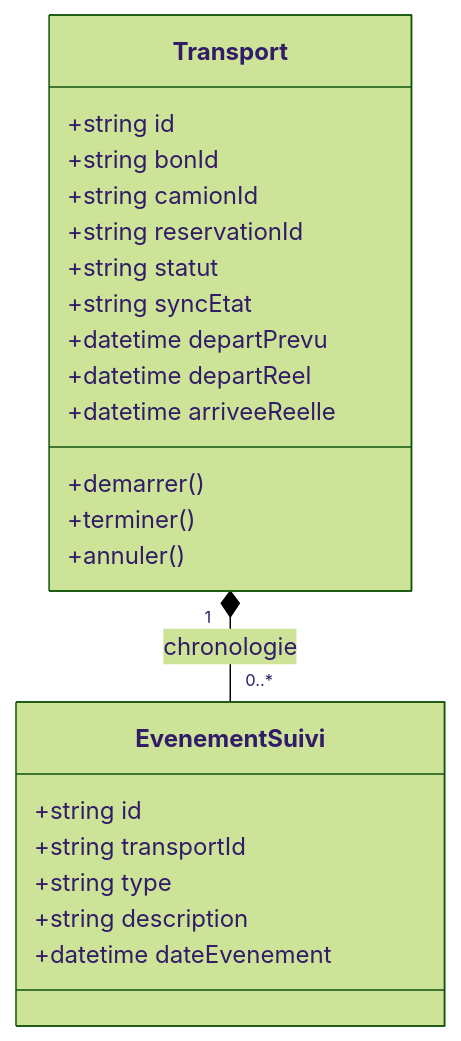
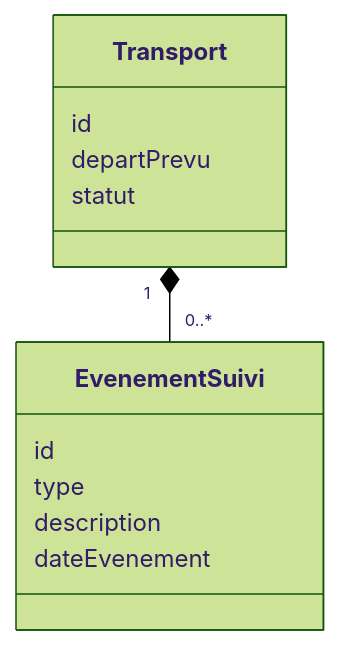
One commit to UssamaRei/transport-marchandises-ws changed the diagram in services/transports/README.md. Above: the diagram before and after it, drawn with Mermaid (forest theme). The commit also changed other lines of this file and 73 other files, not shown here.

````diff
--- a/services/transports/README.md
+++ b/services/transports/README.md
@@ -30,25 +11,15 @@
 ```mermaid
 classDiagram
     class Transport {
-      +string id
-      +string bonId
-      +string camionId
-      +string reservationId
-      +string statut
-      +string syncEtat
-      +datetime departPrevu
-      +datetime departReel
-      +datetime arriveeReelle
-      +demarrer()
-      +terminer()
-      +annuler()
+      id
+      departPrevu
+      statut
     }
     class EvenementSuivi {
-      +string id
-      +string transportId
-      +string type
-      +string description
-      +datetime dateEvenement
+      id
+      type
+      description
+      dateEvenement
     }
-    Transport "1" *-- "0..*" EvenementSuivi : chronologie
+    Transport "1" *-- "0..*" EvenementSuivi
 ```
````
